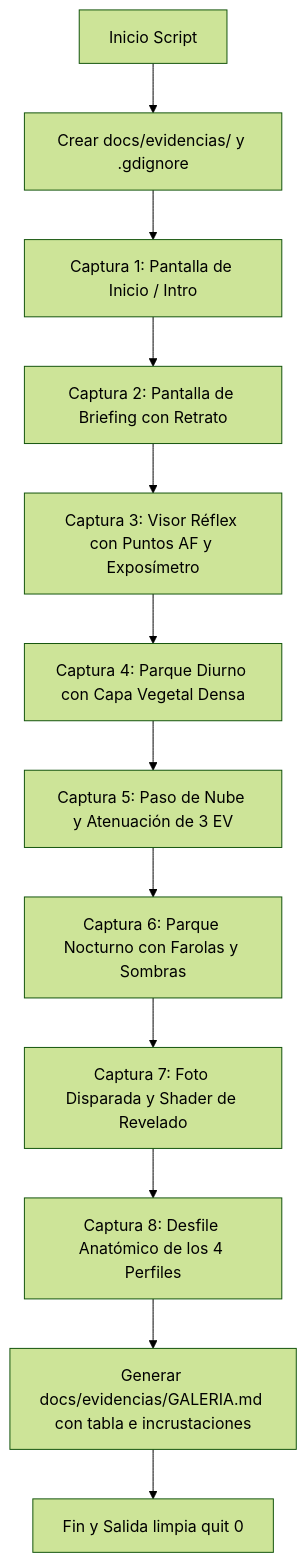
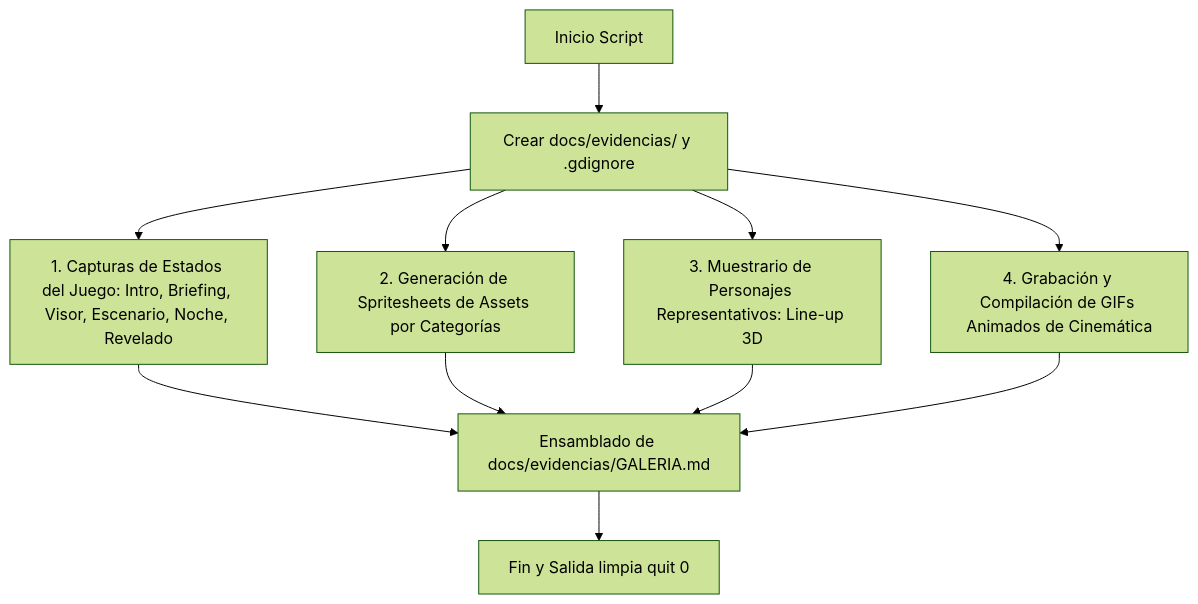
Before and after one commit to Ganso/proyecto-paparazzi: the first of 3 diagrams in docs/futuro/08_CAPTURA_AUTOMATICA_DE_EVIDENCIAS.md, drawn with Mermaid (forest theme). The commit also changed other lines of this file and 1 other file, not shown here.

Commit message:
docs(futuro): Añadir spritesheets de assets, elenco de personajes y GIFs animados a la captura de evidencias

````diff
--- a/docs/futuro/08_CAPTURA_AUTOMATICA_DE_EVIDENCIAS.md
+++ b/docs/futuro/08_CAPTURA_AUTOMATICA_DE_EVIDENCIAS.md
@@ -31,14 +31,13 @@
 ```mermaid
 graph TD
     A[Inicio Script] --> B[Crear docs/evidencias/ y .gdignore]
-    B --> C[Captura 1: Pantalla de Inicio / Intro]
-    C --> D[Captura 2: Pantalla de Briefing con Retrato]
-    D --> E[Captura 3: Visor Réflex con Puntos AF y Exposímetro]
-    E --> F[Captura 4: Parque Diurno con Capa Vegetal Densa]
-    F --> G[Captura 5: Paso de Nube y Atenuación de 3 EV]
-    G --> H[Captura 6: Parque Nocturno con Farolas y Sombras]
-    H --> I[Captura 7: Foto Disparada y Shader de Revelado]
-    I --> J[Captura 8: Desfile Anatómico de los 4 Perfiles]
-    J --> K[Generar docs/evidencias/GALERIA.md con tabla e incrustaciones]
-    K --> L[Fin y Salida limpia quit 0]
+    B --> C[1. Capturas de Estados del Juego: Intro, Briefing, Visor, Escenario, Noche, Revelado]
+    B --> D[2. Generación de Spritesheets de Assets por Categorías]
+    B --> E[3. Muestrario de Personajes Representativos: Line-up 3D]
+    B --> F[4. Grabación y Compilación de GIFs Animados de Cinemática]
+    C --> G[Ensamblado de docs/evidencias/GALERIA.md]
+    D --> G
+    E --> G
+    F --> G
+    G --> H[Fin y Salida limpia quit 0]
 ```
````
